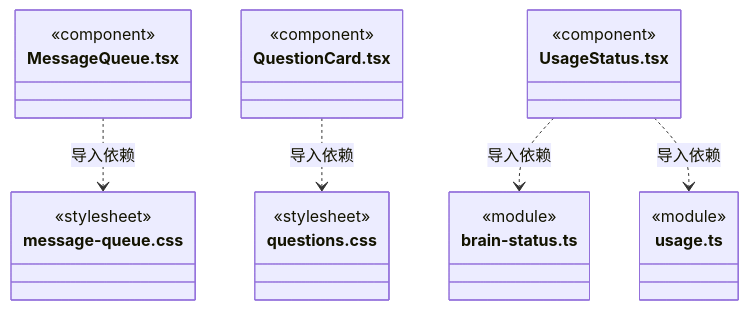
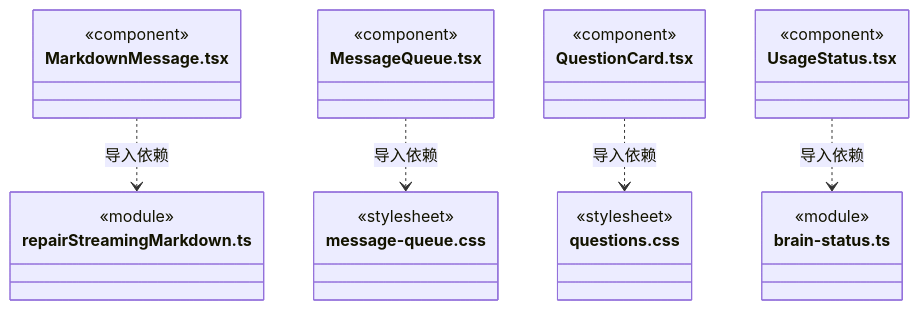
One commit to nan023062/cbim changed diagram 34 of 36 in src/frontend/conversation/ARCHITECTURE.md. Above: the diagram before and after it, drawn with Mermaid. The commit also changed other lines of this file and 49 other files, not shown here.

````diff
--- a/src/frontend/conversation/ARCHITECTURE.md
+++ b/src/frontend/conversation/ARCHITECTURE.md
@@ -477,28 +489,31 @@
 ```mermaid
 classDiagram
+class N_src_frontend_conversation_MarkdownMessage_tsx["MarkdownMessage.tsx"] {
+  <<component>>
+}
+class N_src_frontend_conversation_repairStreamingMarkdown_ts["repairStreamingMarkdown.ts"] {
+  <<module>>
+}
 class N_src_frontend_conversation_MessageQueue_tsx["MessageQueue.tsx"] {
   <<component>>
 }
 class N_src_frontend_conversation_message_queue_css["message-queue.css"] {
   <<stylesheet>>
 }
 class N_src_frontend_conversation_QuestionCard_tsx["QuestionCard.tsx"] {
   <<component>>
 }
 class N_src_frontend_conversation_questions_css["questions.css"] {
   <<stylesheet>>
 }
 class N_src_frontend_conversation_UsageStatus_tsx["UsageStatus.tsx"] {
   <<component>>
 }
 class N_src_frontend_conversation_brain_status_ts["brain-status.ts"] {
   <<module>>
 }
-class N_src_frontend_conversation_usage_ts["usage.ts"] {
-  <<module>>
-}
+N_src_frontend_conversation_MarkdownMessage_tsx ..> N_src_frontend_conversation_repairStreamingMarkdown_ts : 导入依赖
 N_src_frontend_conversation_MessageQueue_tsx ..> N_src_frontend_conversation_message_queue_css : 导入依赖
 N_src_frontend_conversation_QuestionCard_tsx ..> N_src_frontend_conversation_questions_css : 导入依赖
 N_src_frontend_conversation_UsageStatus_tsx ..> N_src_frontend_conversation_brain_status_ts : 导入依赖
-N_src_frontend_conversation_UsageStatus_tsx ..> N_src_frontend_conversation_usage_ts : 导入依赖
 ```
````
